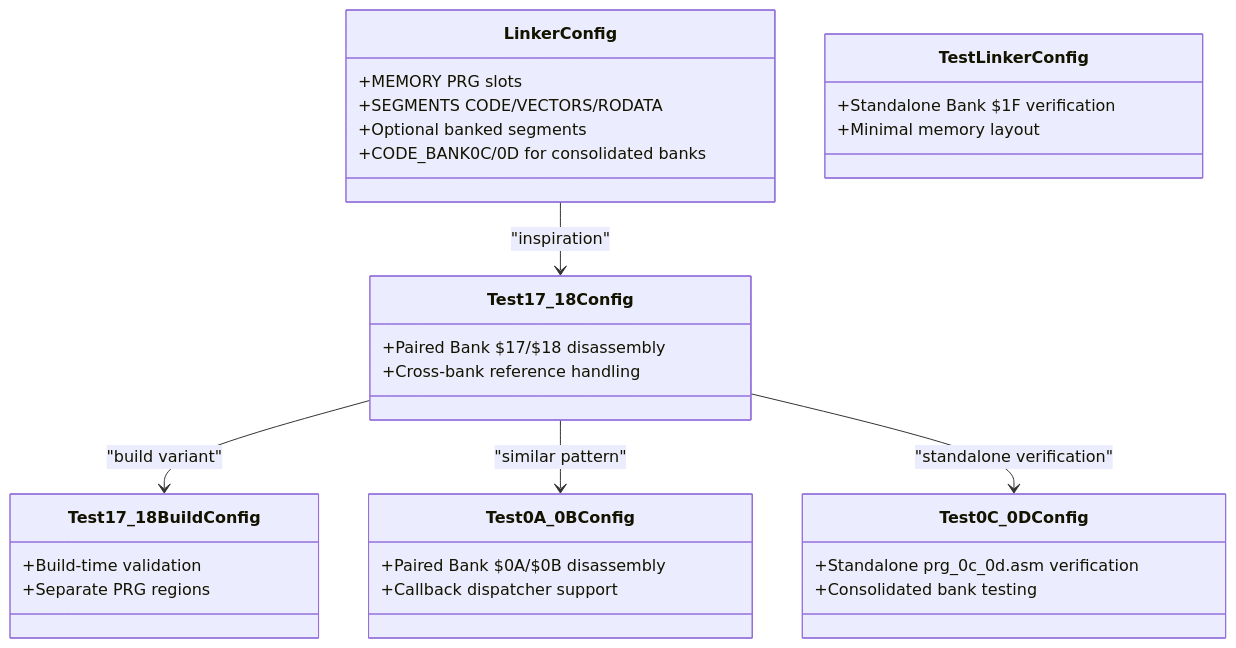
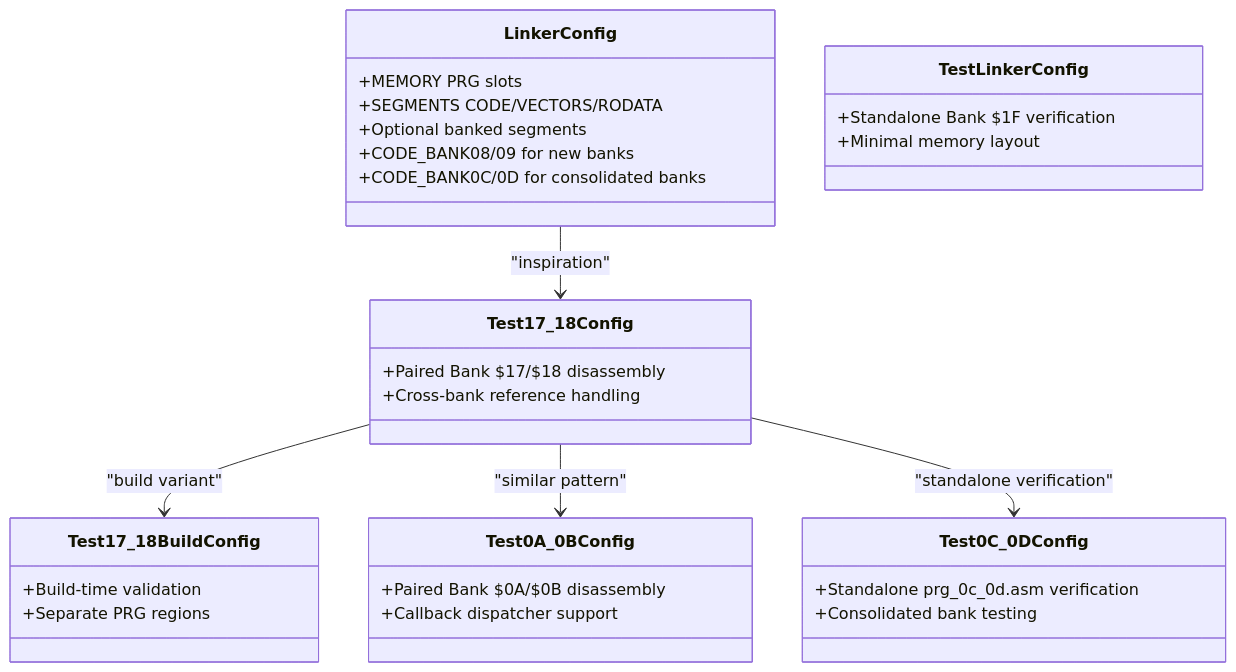
One commit to rabbyzero/sango2dasm changed the ninth of 20 diagrams in .qoder/repowiki/en/content/Build System and Tools/Build System and Tools.md. Above: the diagram before and after it, drawn with Mermaid. The commit also changed other lines of this file and 34 other files, not shown here.

````diff
--- a/.qoder/repowiki/en/content/Build System and Tools/Build System and Tools.md
+++ b/.qoder/repowiki/en/content/Build System and Tools/Build System and Tools.md
@@ -1052,33 +1096,34 @@
 ```mermaid
 classDiagram
 class LinkerConfig {
 +MEMORY PRG slots
 +SEGMENTS CODE/VECTORS/RODATA
 +Optional banked segments
++CODE_BANK08/09 for new banks
 +CODE_BANK0C/0D for consolidated banks
 }
 class TestLinkerConfig {
 +Standalone Bank $1F verification
 +Minimal memory layout
 }
 class Test17_18Config {
 +Paired Bank $17/$18 disassembly
 +Cross-bank reference handling
 }
 class Test17_18BuildConfig {
 +Build-time validation
 +Separate PRG regions
 }
 class Test0A_0BConfig {
 +Paired Bank $0A/$0B disassembly
 +Callback dispatcher support
 }
 class Test0C_0DConfig {
 +Standalone prg_0c_0d.asm verification
 +Consolidated bank testing
 }
 LinkerConfig --> Test17_18Config : "inspiration"
 Test17_18Config --> Test17_18BuildConfig : "build variant"
 Test17_18Config --> Test0A_0BConfig : "similar pattern"
 Test17_18Config --> Test0C_0DConfig : "standalone verification"
 ```
````
